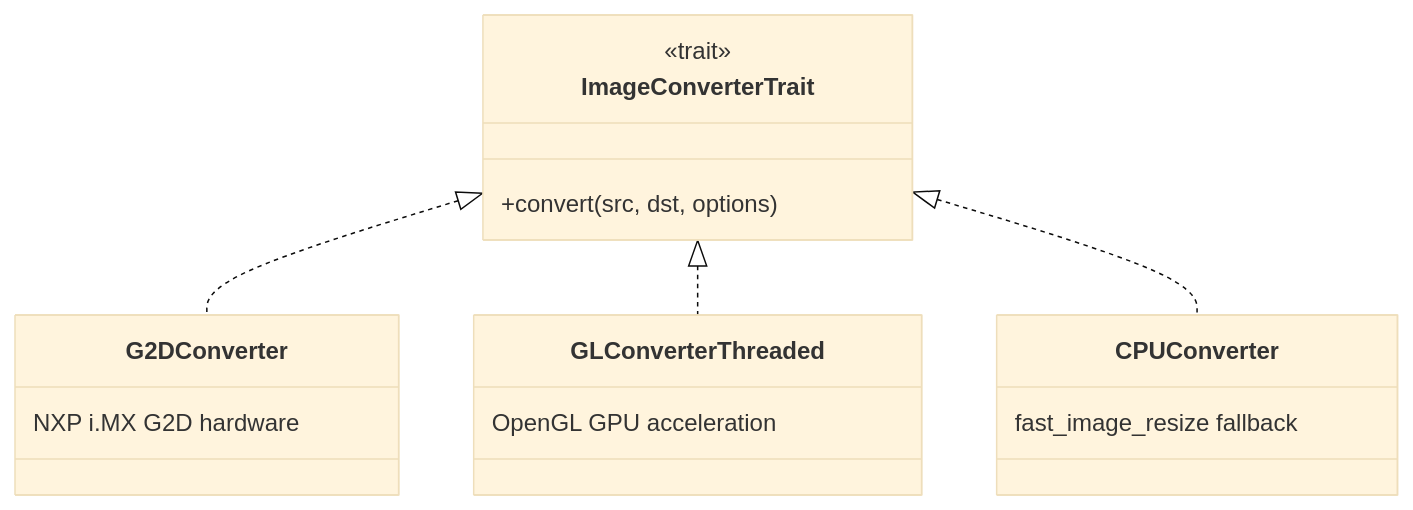
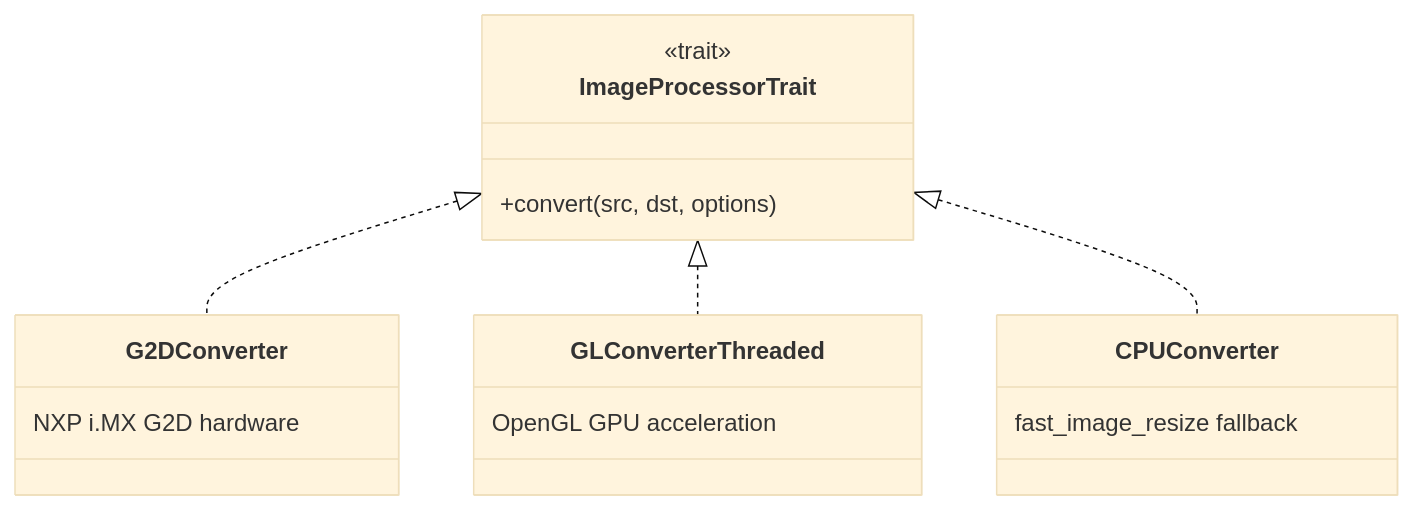
The fourth of 11 diagrams in ARCHITECTURE.md (EdgeFirstAI/hal), drawn with Mermaid (base theme) before and after one commit. The commit also changed other lines of this file and 22 other files, not shown here.

````diff
--- a/ARCHITECTURE.md
+++ b/ARCHITECTURE.md
@@ -114,23 +114,23 @@
 ```mermaid
 classDiagram
-    class ImageConverterTrait {
+    class ImageProcessorTrait {
         <<trait>>
         +convert(src, dst, options)
     }
     
     class G2DConverter {
         NXP i.MX G2D hardware
     }
     
     class GLConverterThreaded {
         OpenGL GPU acceleration
     }
     
     class CPUConverter {
         fast_image_resize fallback
     }
     
-    ImageConverterTrait <|.. G2DConverter
-    ImageConverterTrait <|.. GLConverterThreaded
-    ImageConverterTrait <|.. CPUConverter
+    ImageProcessorTrait <|.. G2DConverter
+    ImageProcessorTrait <|.. GLConverterThreaded
+    ImageProcessorTrait <|.. CPUConverter
 ```
````
